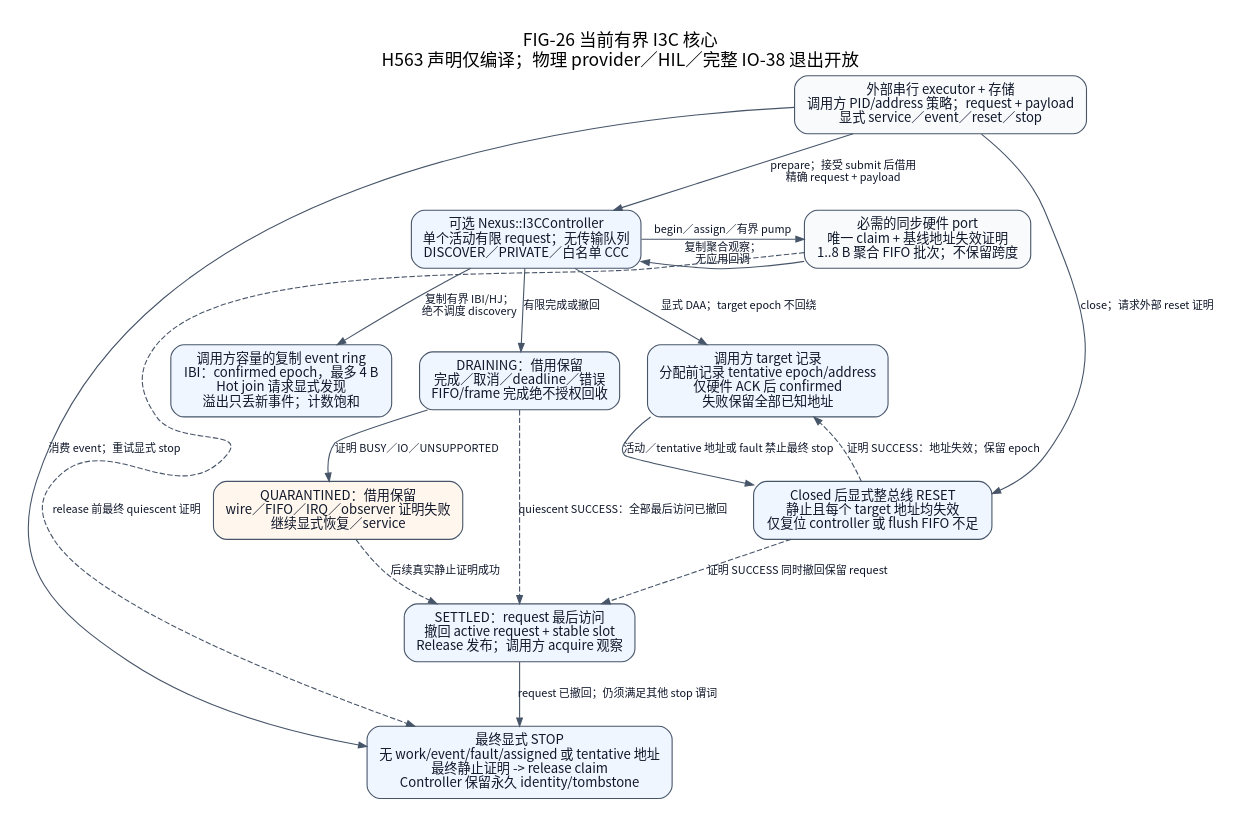
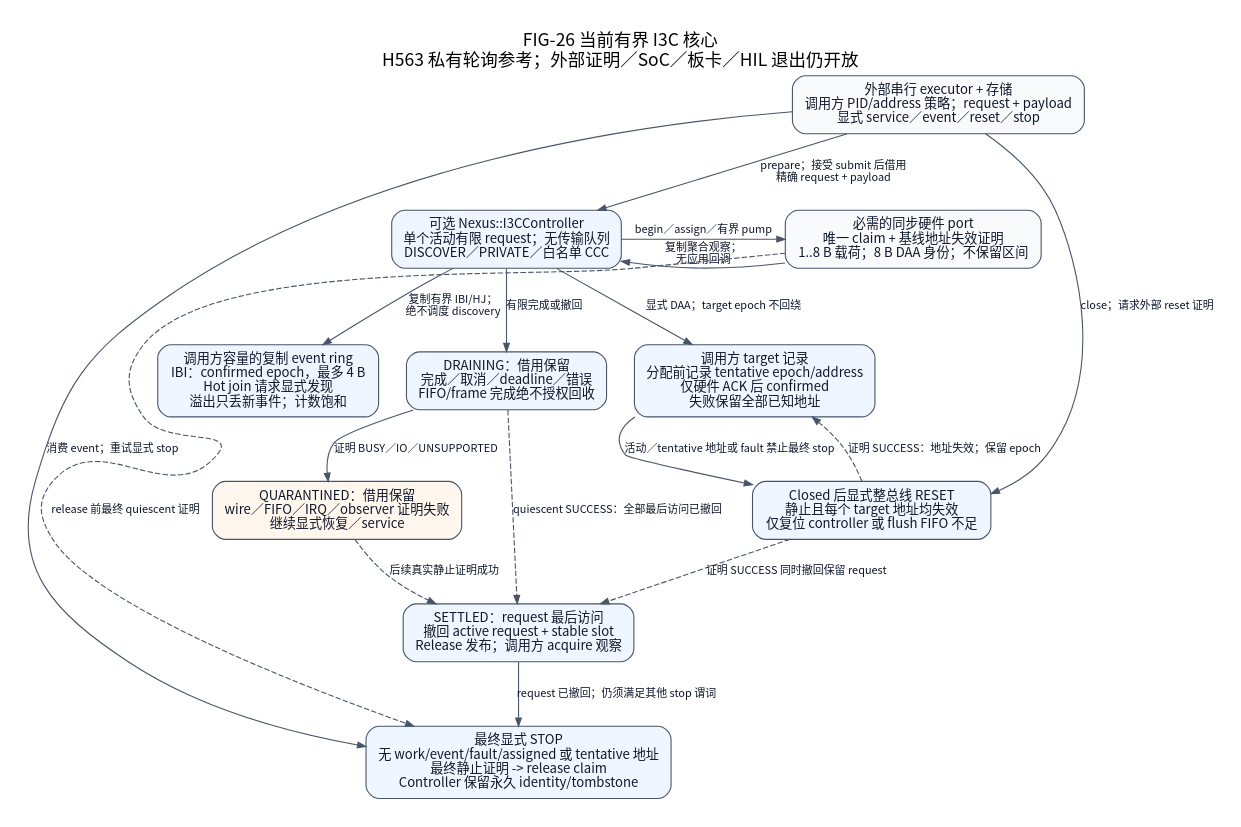
One commit to X-Gen-Lab/nexus changed the diagram in docs/assets/diagrams/localized/zh_CN/i3c-core-lifecycle.dot. Above: the diagram before and after it, drawn with Graphviz. The commit also changed 100 other files, not shown here.

```diff
--- a/docs/assets/diagrams/localized/zh_CN/i3c-core-lifecycle.dot
+++ b/docs/assets/diagrams/localized/zh_CN/i3c-core-lifecycle.dot
@@ -1,39 +1,39 @@
-// FIG-26 current common I3C mechanism, no physical controller provider.
+// FIG-26 current common I3C mechanism and explicit external proofs.
 // Basis: public i3c_controller headers and i3c_controller.c.
 digraph i3cCore {
-    graph [label="FIG-26 当前有界 I3C 核心\nH563 声明仅编译；物理 provider／HIL／完整 IO-38 退出开放",
+    graph [label="FIG-26 当前有界 I3C 核心\nH563 私有轮询参考；外部证明／SoC／板卡／HIL 退出仍开放",
            rankdir=TB, labelloc=t, fontname="Noto Sans CJK SC", fontsize=16,
            bgcolor="white", pad=0.25, nodesep=0.35, ranksep=0.65];
     node [shape=box, style="rounded,filled", fillcolor="#eff6ff",
           color="#475569", fontcolor="#0f172a", fontname="Noto Sans CJK SC",
           fontsize=12, margin="0.14,0.10"];
     edge [color="#475569", fontcolor="#0f172a",
           fontname="Noto Sans CJK SC", fontsize=10, arrowsize=0.75];
     caller [label="外部串行 executor + 存储\n调用方 PID/address 策略；request + payload\n显式 service／event／reset／stop", fillcolor="#f8fafc"];
     core [label="可选 Nexus::I3CController\n单个活动有限 request；无传输队列\nDISCOVER／PRIVATE／白名单 CCC"];
-    port [label="必需的同步硬件 port\n唯一 claim + 基线地址失效证明\n1..8 B 聚合 FIFO 批次；不保留跨度", fillcolor="#f8fafc"];
+    port [label="必需的同步硬件 port\n唯一 claim + 基线地址失效证明\n1..8 B 载荷；8 B DAA 身份；不保留区间", fillcolor="#f8fafc"];
     records [label="调用方 target 记录\n分配前记录 tentative epoch/address\n仅硬件 ACK 后 confirmed\n失败保留全部已知地址"];
     events [label="调用方容量的复制 event ring\nIBI：confirmed epoch，最多 4 B\nHot join 请求显式发现\n溢出只丢新事件；计数饱和"];
     draining [label="DRAINING：借用保留\n完成／取消／deadline／错误\nFIFO/frame 完成绝不授权回收"];
     quarantine [label="QUARANTINED：借用保留\nwire／FIFO／IRQ／observer 证明失败\n继续显式恢复／service", fillcolor="#fff7ed"];
     settled [label="SETTLED：request 最后访问\n撤回 active request + stable slot\nRelease 发布；调用方 acquire 观察"];
     reset [label="Closed 后显式整总线 RESET\n静止且每个 target 地址均失效\n仅复位 controller 或 flush FIFO 不足"];
     stop [label="最终显式 STOP\n无 work/event/fault/assigned 或 tentative 地址\n最终静止证明 -> release claim\nController 保留永久 identity/tombstone"];
     { rank=same; core; port; }
     caller -> core [label="prepare；接受 submit 后借用\n精确 request + payload"];
     core -> port [label="begin／assign／有界 pump"];
     port -> core [label="复制聚合观察；\n无应用回调"];
     core -> records [label="显式 DAA；target epoch 不回绕"];
     core -> events [label="复制有界 IBI/HJ；\n绝不调度 discovery"];
     core -> draining [label="有限完成或撤回"];
     draining -> settled [label="quiescent SUCCESS：全部最后访问已撤回", style=dashed];
     draining -> quarantine [label="证明 BUSY／IO／UNSUPPORTED"];
     quarantine -> settled [label="后续真实静止证明成功", style=dashed];
     caller -> reset [label="close；请求外部 reset 证明"];
     reset -> records [label="证明 SUCCESS：地址失效；保留 epoch", style=dashed];
     reset -> settled [label="证明 SUCCESS 同时撤回保留 request", style=dashed];
     records -> reset [label="活动／tentative 地址或 fault 禁止最终 stop"];
     caller -> stop [label="消费 event；重试显式 stop", constraint=false];
     settled -> stop [label="request 已撤回；仍须满足其他 stop 谓词"];
     port -> stop [label="release 前最终 quiescent 证明", style=dashed, constraint=false];
 }
```
